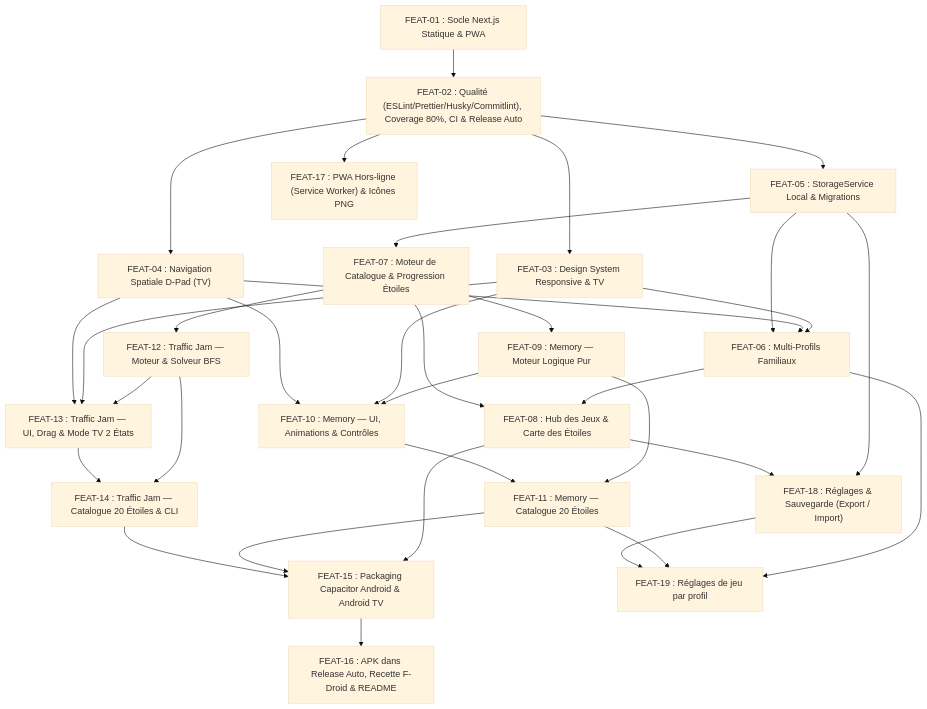
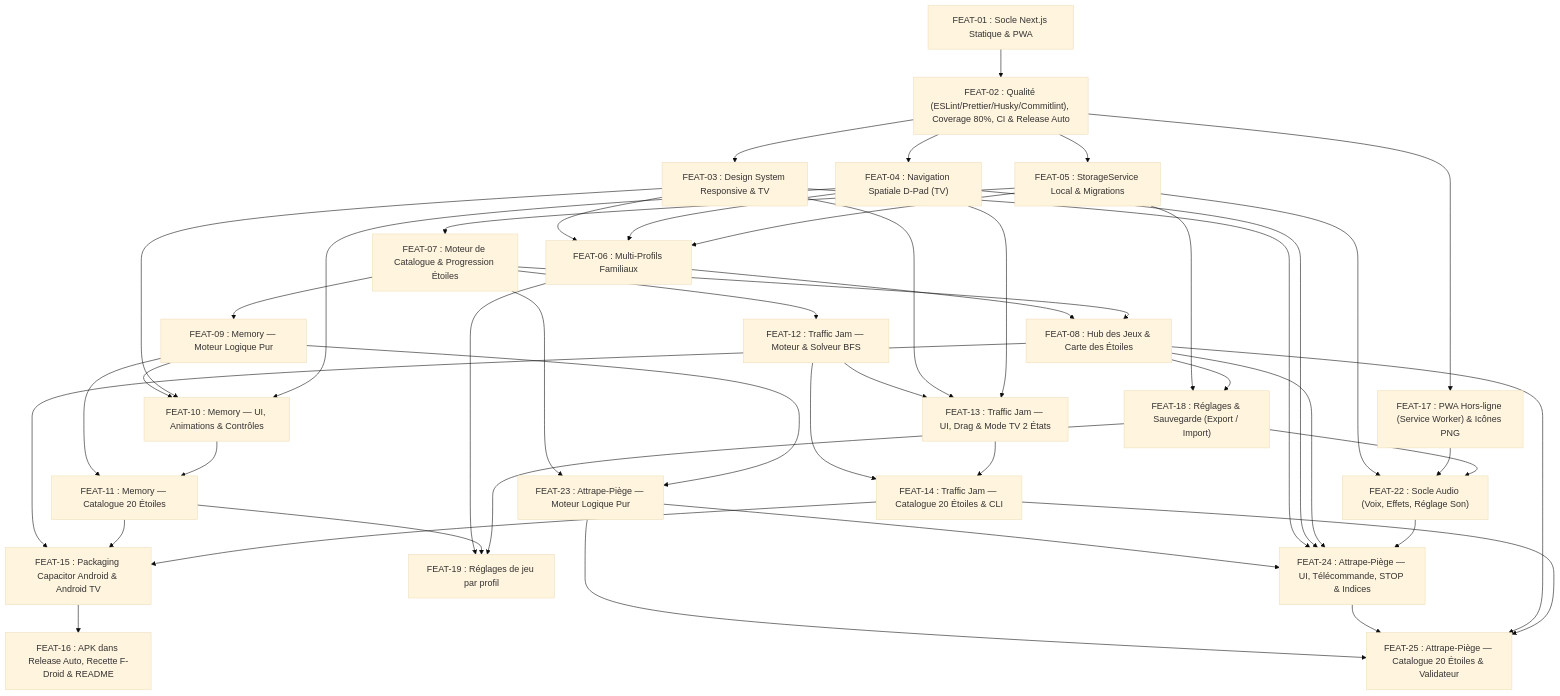
Before and after one commit to youtix/mia: the fourth of 4 diagrams in docs/SPECIFICATION.md, drawn with Mermaid (base theme). The commit also changed other lines of this file and 81 other files, not shown here.

First line of the commit message:
feat(bear-sort): add the attrape-piège sorting game

````diff
--- a/docs/SPECIFICATION.md
+++ b/docs/SPECIFICATION.md
@@ -306,43 +379,59 @@
 ```mermaid
 flowchart TD
     F01["FEAT-01 : Socle Next.js Statique & PWA"] --> F02["FEAT-02 : Qualité (ESLint/Prettier/Husky/Commitlint), Coverage 80%, CI & Release Auto"]
     F02 --> F03["FEAT-03 : Design System Responsive & TV"]
     F02 --> F04["FEAT-04 : Navigation Spatiale D-Pad (TV)"]
     F02 --> F05["FEAT-05 : StorageService Local & Migrations"]
 
     F03 --> F06["FEAT-06 : Multi-Profils Familiaux"]
     F04 --> F06
     F05 --> F06
 
     F05 --> F07["FEAT-07 : Moteur de Catalogue & Progression Étoiles"]
     F06 --> F08["FEAT-08 : Hub des Jeux & Carte des Étoiles"]
     F07 --> F08
 
     F07 --> F09["FEAT-09 : Memory — Moteur Logique Pur"]
     F09 --> F10["FEAT-10 : Memory — UI, Animations & Contrôles"]
     F03 --> F10
     F04 --> F10
     F09 --> F11["FEAT-11 : Memory — Catalogue 20 Étoiles"]
     F10 --> F11
 
     F07 --> F12["FEAT-12 : Traffic Jam — Moteur & Solveur BFS"]
     F12 --> F13["FEAT-13 : Traffic Jam — UI, Drag & Mode TV 2 États"]
     F03 --> F13
     F04 --> F13
     F12 --> F14["FEAT-14 : Traffic Jam — Catalogue 20 Étoiles & CLI"]
     F13 --> F14
 
     F08 --> F15["FEAT-15 : Packaging Capacitor Android & Android TV"]
     F11 --> F15
     F14 --> F15
     F15 --> F16["FEAT-16 : APK dans Release Auto, Recette F-Droid & README"]
 
     F02 --> F17["FEAT-17 : PWA Hors-ligne (Service Worker) & Icônes PNG"]
 
     F05 --> F18["FEAT-18 : Réglages & Sauvegarde (Export / Import)"]
     F08 --> F18
 
     F06 --> F19["FEAT-19 : Réglages de jeu par profil"]
     F11 --> F19
     F18 --> F19
+
+    F05 --> F20["FEAT-22 : Socle Audio (Voix, Effets, Réglage Son)"]
+    F17 --> F20
+    F18 --> F20
+
+    F07 --> F21["FEAT-23 : Attrape-Piège — Moteur Logique Pur"]
+    F09 --> F21
+    F21 --> F22["FEAT-24 : Attrape-Piège — UI, Télécommande, STOP & Indices"]
+    F03 --> F22
+    F04 --> F22
+    F08 --> F22
+    F20 --> F22
+    F21 --> F23["FEAT-25 : Attrape-Piège — Catalogue 20 Étoiles & Validateur"]
+    F22 --> F23
+    F08 --> F23
+    F14 --> F23
 ```
````
